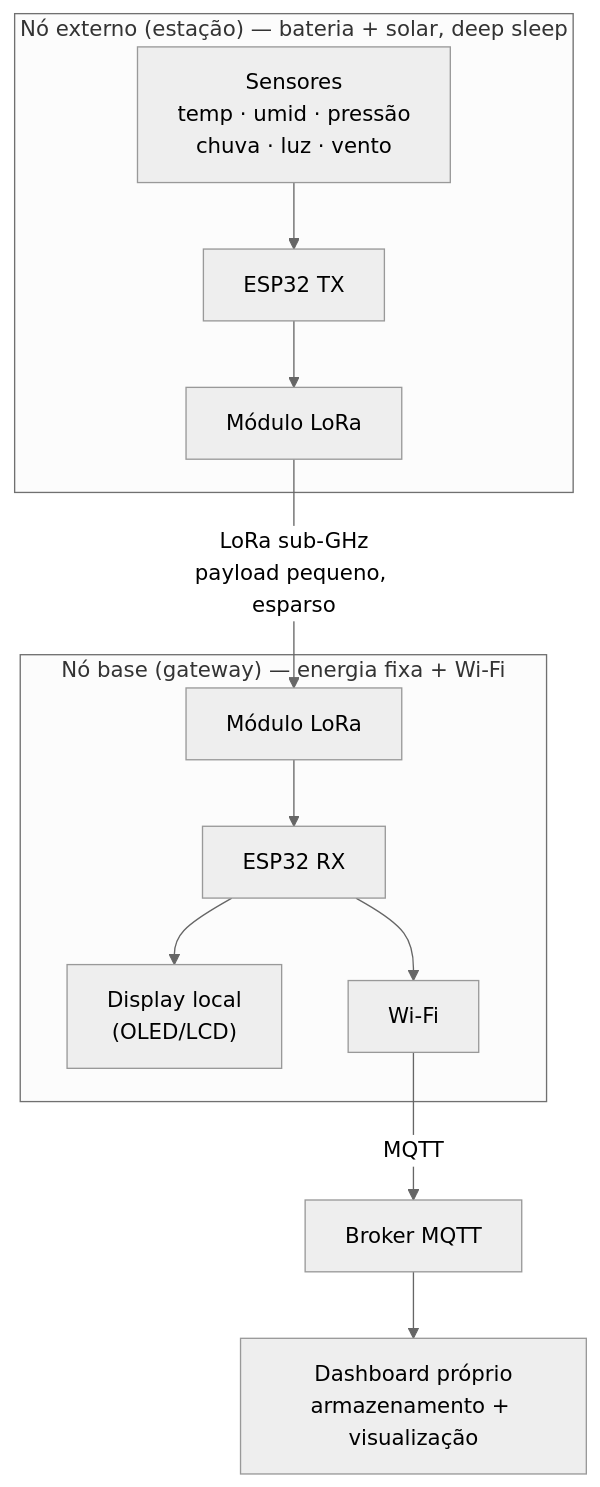
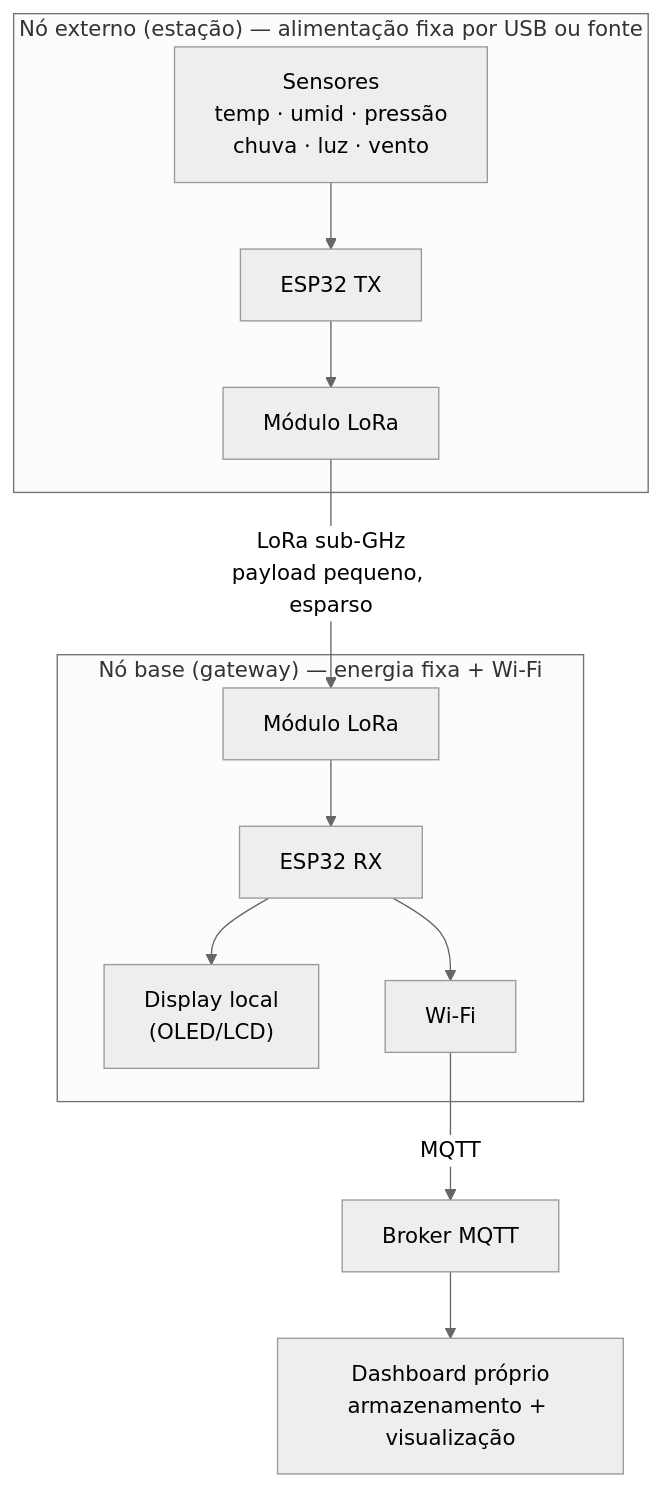
The diagram in README.md (BrunoBReis/trabalho_embarcados), drawn with Mermaid (neutral theme) before and after one commit. The commit also changed other lines of this file, not shown here.

````diff
--- a/README.md
+++ b/README.md
@@ -84,18 +84,19 @@
 ```mermaid
+
 flowchart TD
-    subgraph EXT["Nó externo (estação) — bateria + solar, deep sleep"]
+    subgraph EXT["Nó externo (estação) — alimentação fixa por USB ou fonte"]
         S["Sensores<br/>temp · umid · pressão<br/>chuva · luz · vento"] --> E1["ESP32 TX"]
         E1 --> L1["Módulo LoRa"]
     end
 
     L1 -- "LoRa sub-GHz<br/>payload pequeno, esparso" --> L2["Módulo LoRa"]
 
     subgraph BASE["Nó base (gateway) — energia fixa + Wi-Fi"]
         L2 --> E2["ESP32 RX"]
         E2 --> D["Display local<br/>(OLED/LCD)"]
         E2 --> W["Wi-Fi"]
     end
 
     W -- "MQTT" --> B["Broker MQTT"]
     B --> DB["Dashboard próprio<br/>armazenamento + visualização"]
 ```
````
